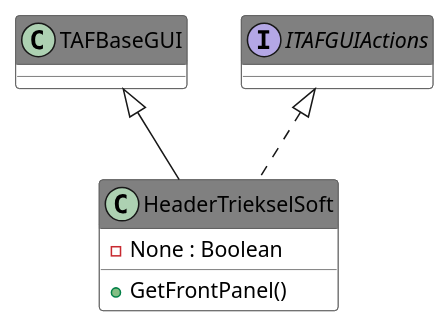
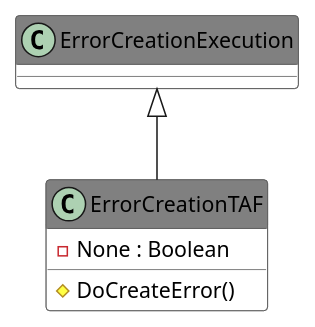
One commit to PatriekBruins/TriekselsoftApplicationFramework changed the diagram in Source/Antidoc-Output/Includes/035.adoc. Above: the diagram before and after it, drawn with PlantUML. The commit also changed other lines of this file and 692 other files, not shown here.

```diff
--- a/Source/Antidoc-Output/Includes/035.adoc
+++ b/Source/Antidoc-Output/Includes/035.adoc
@@ -8,24 +8,21 @@
 [plantuml, format="svg", align="center"]
 ....
 @startuml
 set namespaceSeparator :
 skinparam ClassBackgroundColor #FFFFFF
 skinparam ClassBorderColor #555555
 skinparam ClassFontColor #000000
 skinparam ClassHeaderBackgroundColor #808080
 
 skinparam top to bottom direction
-class "HeaderTriekselSoft" {
+class "ErrorCreationTAF" {
 {field} -None : Boolean
-{method} +GetFrontPanel()
+{method} #DoCreateError()
 
 }
-"TAFBaseGUI" <|-- "HeaderTriekselSoft"
-"ITAFGUIActions" <|.. "HeaderTriekselSoft"
-interface "ITAFGUIActions" {}
-
+"ErrorCreationExecution" <|-- "ErrorCreationTAF"
 
 
 
 @enduml
 ....
```
